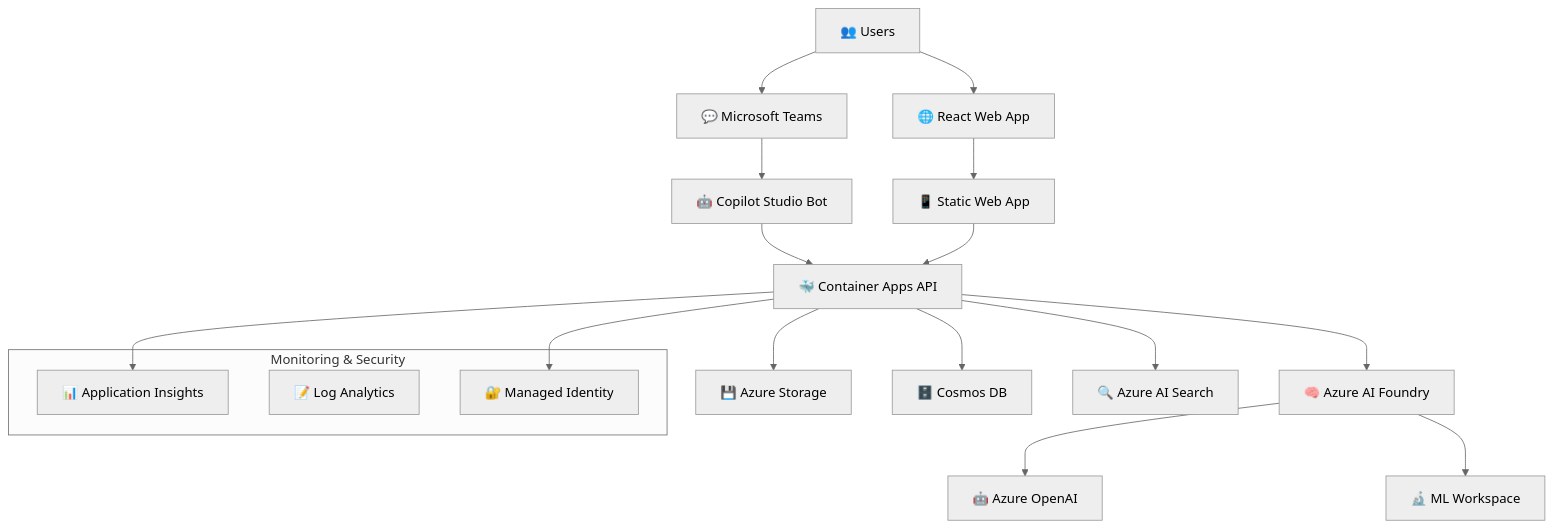
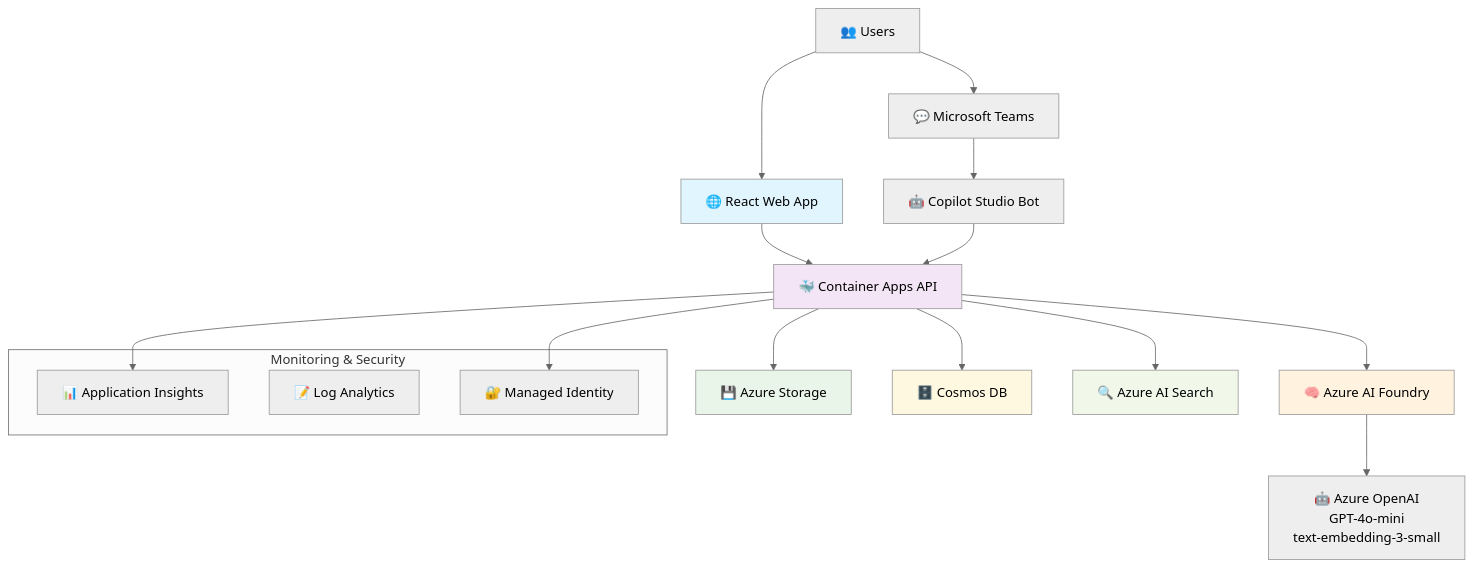
The first of 4 diagrams in docs/TECHNICAL-DETAILS.md (gitpavleenbali/DocGenAI), drawn with Mermaid (neutral theme) before and after one commit. The commit also changed other lines of this file and 5 other files, not shown here.

````diff
--- a/docs/TECHNICAL-DETAILS.md
+++ b/docs/TECHNICAL-DETAILS.md
@@ -7,28 +7,33 @@
 ```mermaid
 graph TB
     Users[👥 Users] --> WebApp[🌐 React Web App]
     Users --> Teams[💬 Microsoft Teams]
     
     Teams --> CopilotStudio[🤖 Copilot Studio Bot]
     
-    WebApp --> StaticWebApp[📱 Static Web App]
-    CopilotStudio --> ContainerApp[🐳 Container Apps API]
-    StaticWebApp --> ContainerApp
+    WebApp --> ContainerApp[🐳 Container Apps API]
+    CopilotStudio --> ContainerApp
     
     ContainerApp --> AIFoundry[🧠 Azure AI Foundry]
     ContainerApp --> Storage[💾 Azure Storage]
     ContainerApp --> CosmosDB[🗄️ Cosmos DB]
     ContainerApp --> AISearch[🔍 Azure AI Search]
     
-    AIFoundry --> OpenAI[🤖 Azure OpenAI]
-    AIFoundry --> MLWorkspace[🔬 ML Workspace]
+    AIFoundry --> OpenAI[🤖 Azure OpenAI<br/>GPT-4o-mini<br/>text-embedding-3-small]
     
     subgraph "Monitoring & Security"
         AppInsights[📊 Application Insights]
         LogAnalytics[📝 Log Analytics]
         ManagedIdentity[🔐 Managed Identity]
     end
     
     ContainerApp --> AppInsights
     ContainerApp --> ManagedIdentity
+    
+    style WebApp fill:#e1f5fe
+    style ContainerApp fill:#f3e5f5
+    style AIFoundry fill:#fff3e0
+    style Storage fill:#e8f5e8
+    style CosmosDB fill:#fff8e1
+    style AISearch fill:#f1f8e9
 ```
````
